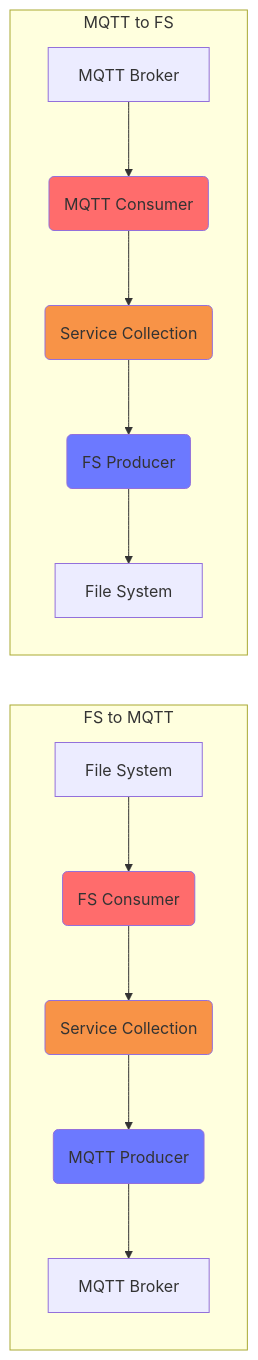
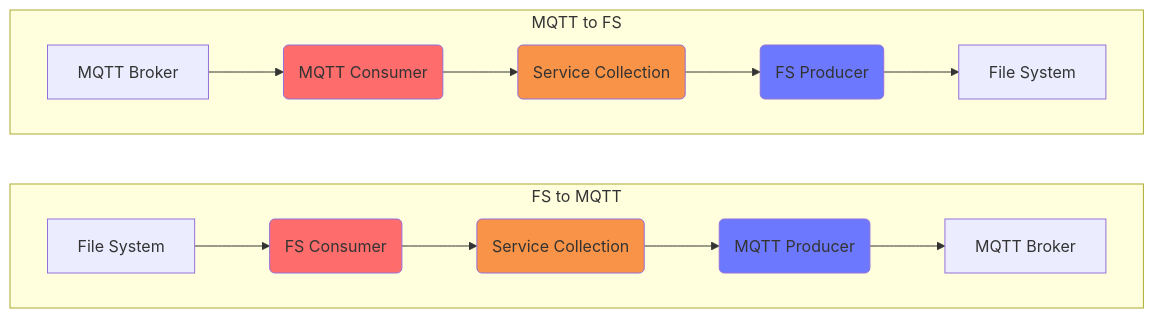
One commit to interlok-testing/testing_mqtt changed the diagram in README.md. Above: the diagram before and after it, drawn with Mermaid.

Commit message:
The graph should be left to right

````diff
--- a/README.md
+++ b/README.md
@@ -16,22 +16,24 @@
 ```mermaid
 graph LR
   subgraph FS to MQTT
+    direction LR
     FS2[File System] --> FS_C(FS Consumer)
     FS_C --> SC2(Service Collection)
     SC2 --> MQTT_P(MQTT Producer)
     MQTT_P --> MQTT_B2[MQTT Broker]
   end
   subgraph MQTT to FS
+    direction LR
     MQTT_B1[MQTT Broker] --> MQTT_C(MQTT Consumer)
     MQTT_C --> SC1(Service Collection)
     SC1 --> FS_P(FS Producer)
     FS_P --> FS1[File System]
   end
 
   style MQTT_C fill:#FF6C6C
   style MQTT_P fill:#6C79FF
   style FS_C fill:#FF6C6C
   style FS_P fill:#6C79FF
   style SC1 fill: #F89347
   style SC2 fill: #F89347
 ```
````
